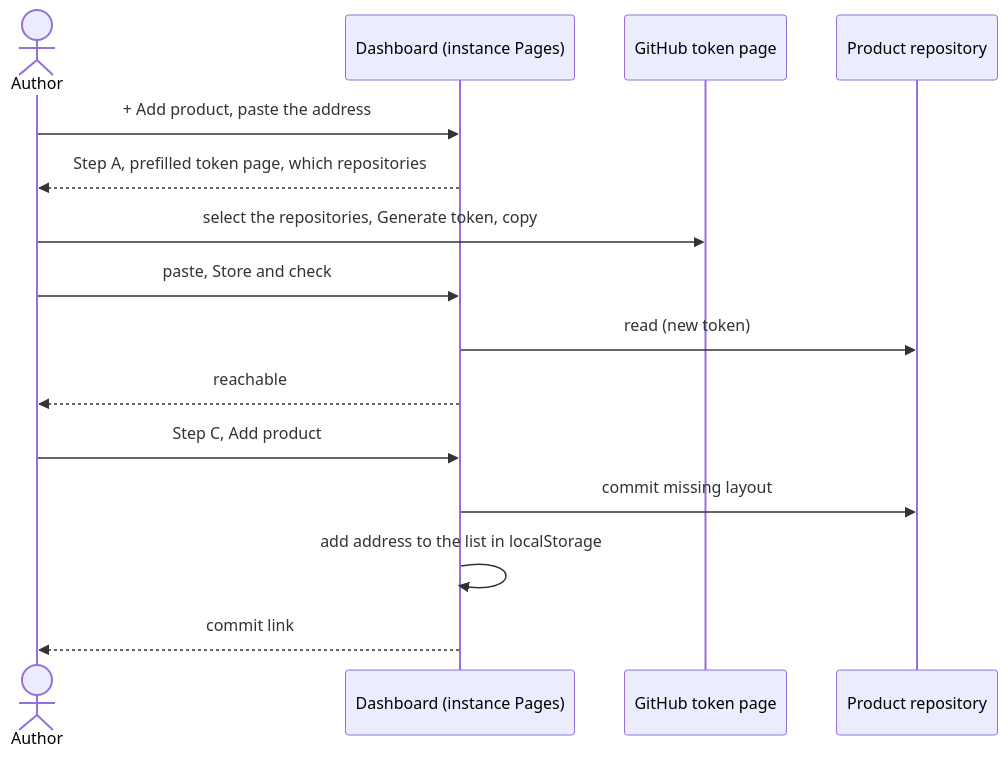
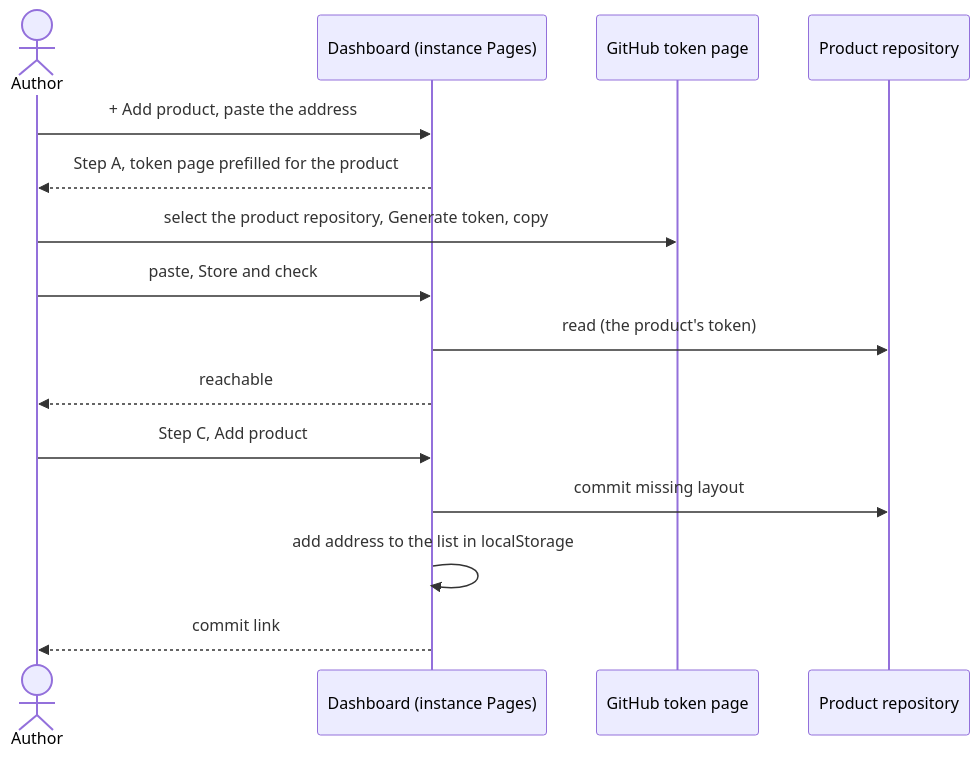
The diagram in docs/use-cases/UC-001-add-a-managed-product.md (akmaier/agent-m), drawn with Mermaid before and after one commit. The commit also changed other lines of this file and 4 other files, not shown here.

First line of the commit message:
docs: UC-001, UC-014, UC-042, MOD-browser-store, MOD-repository-hosts — the product's own token — open for review

````diff
--- a/docs/use-cases/UC-001-add-a-managed-product.md
+++ b/docs/use-cases/UC-001-add-a-managed-product.md
@@ -85,17 +90,17 @@
 ```mermaid
 sequenceDiagram
     actor A as Author
     participant D as Dashboard (instance Pages)
     participant G as GitHub token page
     participant P as Product repository
     A->>D: + Add product, paste the address
-    D-->>A: Step A, prefilled token page, which repositories
-    A->>G: select the repositories, Generate token, copy
+    D-->>A: Step A, token page prefilled for the product
+    A->>G: select the product repository, Generate token, copy
     A->>D: paste, Store and check
-    D->>P: read (new token)
+    D->>P: read (the product's token)
     D-->>A: reachable
     A->>D: Step C, Add product
     D->>P: commit missing layout
     D->>D: add address to the list in localStorage
     D-->>A: commit link
 ```
````
